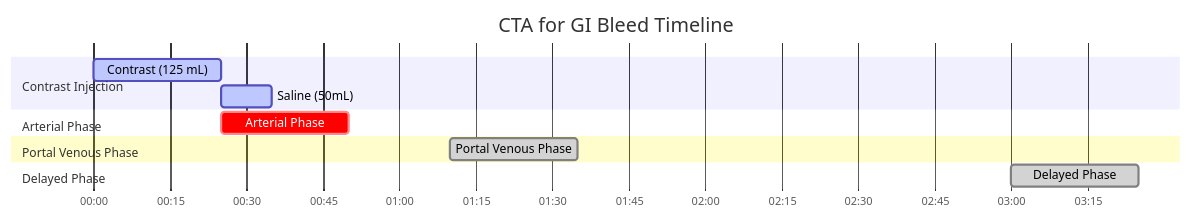
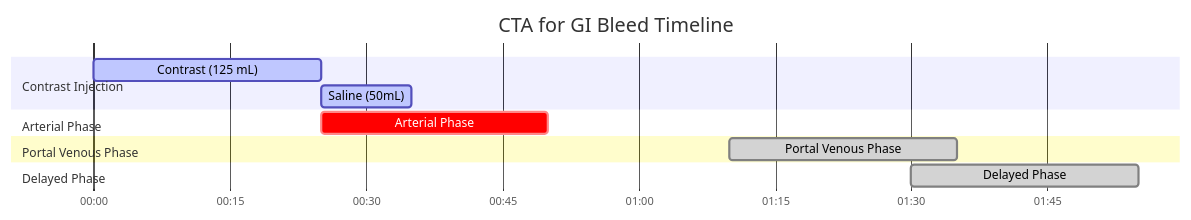
Before and after one commit to dfergs93/radiology-protocols: the diagram in docs/ct/vascular/cta-for-gi-bleed.md, drawn with Mermaid. The commit also changed other lines of this file and 79 other files, not shown here.

````diff
--- a/docs/ct/vascular/cta-for-gi-bleed.md
+++ b/docs/ct/vascular/cta-for-gi-bleed.md
@@ -86,20 +85,20 @@
   ```mermaid
   ---
   config:
     theme: default
   ---
     gantt
       title CTA for GI Bleed Timeline
       dateFormat mm:ss
       axisFormat %M:%S 
       
       section Contrast Injection
       Contrast (125 mL)    :active, contrast, 00:00, 25s
       Saline (50mL)          :active, saline, after contrast, 10s
       section Arterial Phase
-      Arterial Phase    :crit, scan2, 00:25, 25s
+      Arterial Phase    :crit, scan1, 00:25, 25s
       section Portal Venous Phase
-      Portal Venous Phase    :done, scan3, 01:10, 25s
+      Portal Venous Phase    :done, scan2, 01:10, 25s
       section Delayed Phase
-      Delayed Phase    :done, scan4, 03:00, 25s
+      Delayed Phase    :done, scan3, 01:30, 25s
   ```
````
